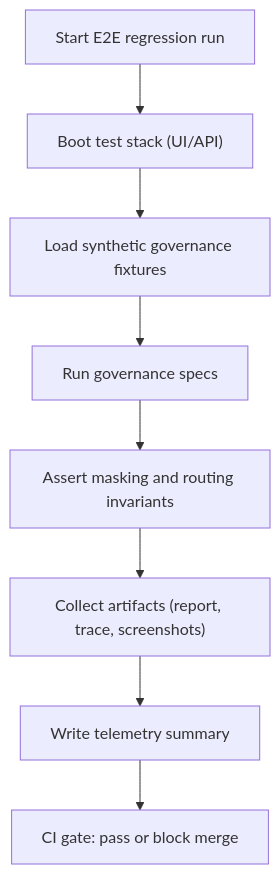
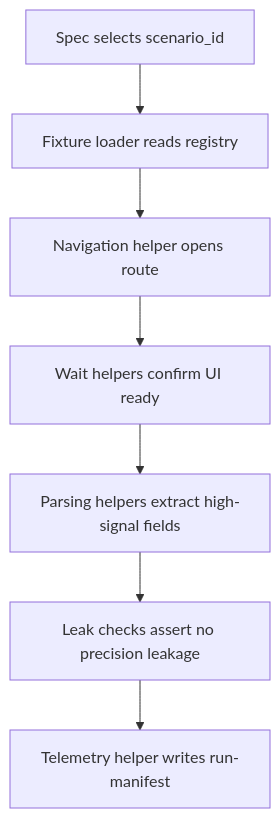
One commit to bartytime4life/Kansas-Frontier-Matrix changed the diagram in tests/e2e/web-app/regression/governance/utils/README.md. Above: the diagram before and after it, drawn with Mermaid. The commit also changed other lines of this file, not shown here.

```diff
--- a/tests/e2e/web-app/regression/governance/utils/README.md
+++ b/tests/e2e/web-app/regression/governance/utils/README.md
@@ -206,10 +201,9 @@
 ~~~mermaid
 flowchart TD
-  A["Start E2E regression run"] --> B["Boot test stack (UI/API)"]
-  B --> C["Load synthetic governance fixtures"]
-  C --> D["Run governance specs"]
-  D --> E["Assert masking and routing invariants"]
-  E --> F["Collect artifacts (report, trace, screenshots)"]
-  F --> G["Write telemetry summary"]
-  G --> H["CI gate: pass or block merge"]
+  A["Spec selects scenario_id"] --> B["Fixture loader reads registry"]
+  B --> C["Navigation helper opens route"]
+  C --> D["Wait helpers confirm UI ready"]
+  D --> E["Parsing helpers extract high-signal fields"]
+  E --> F["Leak checks assert no precision leakage"]
+  F --> G["Telemetry helper writes run-manifest"]
 ~~~
```
